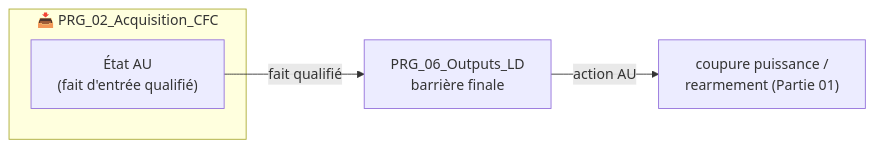
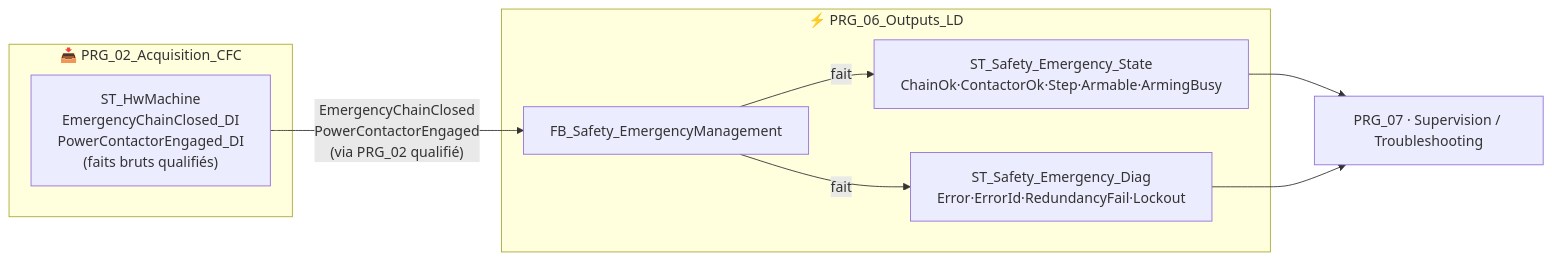
One commit to MatGros/2026_Projet_YGO_ExcavatriceDragage changed the fifth of 7 diagrams in DOC/AUDITS/Architecture/DIAGRAMME_ARCHITECTURE_CFC_TARGET.md. Above: the diagram before and after it, drawn with Mermaid. The commit also changed other lines of this file, not shown here.

Commit message:
DOC: diagramme - precision responsables (SEL), DeadmanArmed hors DUT, ST_Diag_Device par device, etat AU via ST_HwMachine + sommaire DUT

````diff
--- a/DOC/AUDITS/Architecture/DIAGRAMME_ARCHITECTURE_CFC_TARGET.md
+++ b/DOC/AUDITS/Architecture/DIAGRAMME_ARCHITECTURE_CFC_TARGET.md
@@ -176,8 +178,16 @@
 ```mermaid
 flowchart LR
     subgraph ACQ["📥 PRG_02_Acquisition_CFC"]
-        AU["État AU<br/>(fait d'entrée qualifié)"]
+        AU["ST_HwMachine<br/>EmergencyChainClosed_DI<br/>PowerContactorEngaged_DI<br/>(faits bruts qualifiés)"]
     end
-    AU -->|fait qualifié| OUT["PRG_06_Outputs_LD<br/>barrière finale"]
-    OUT -->|action AU| PWR["coupure puissance /<br/>rearmement (Partie 01)"]
+    subgraph OUT["⚡ PRG_06_Outputs_LD"]
+        FBEM["FB_Safety_EmergencyManagement"]
+        ST["ST_Safety_Emergency_State<br/>ChainOk·ContactorOk·Step·Armable·ArmingBusy"]
+        DG["ST_Safety_Emergency_Diag<br/>Error·ErrorId·RedundancyFail·Lockout"]
+    end
+    AU -->|"EmergencyChainClosed<br/>PowerContactorEngaged<br/>(via PRG_02 qualifié)"| FBEM
+    FBEM -->|fait| ST
+    FBEM -->|fait| DG
+    ST --> SUP["PRG_07 · Supervision / Troubleshooting"]
+    DG --> SUP
 ```
````
